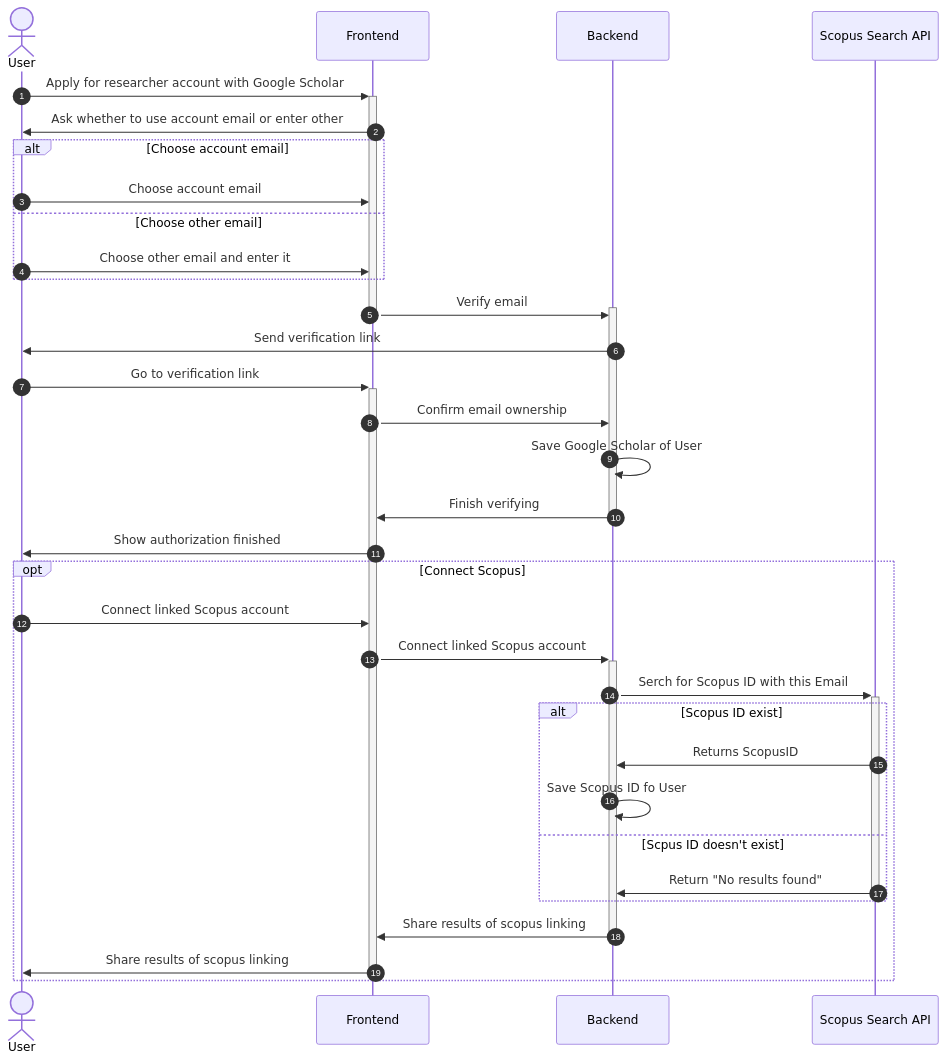
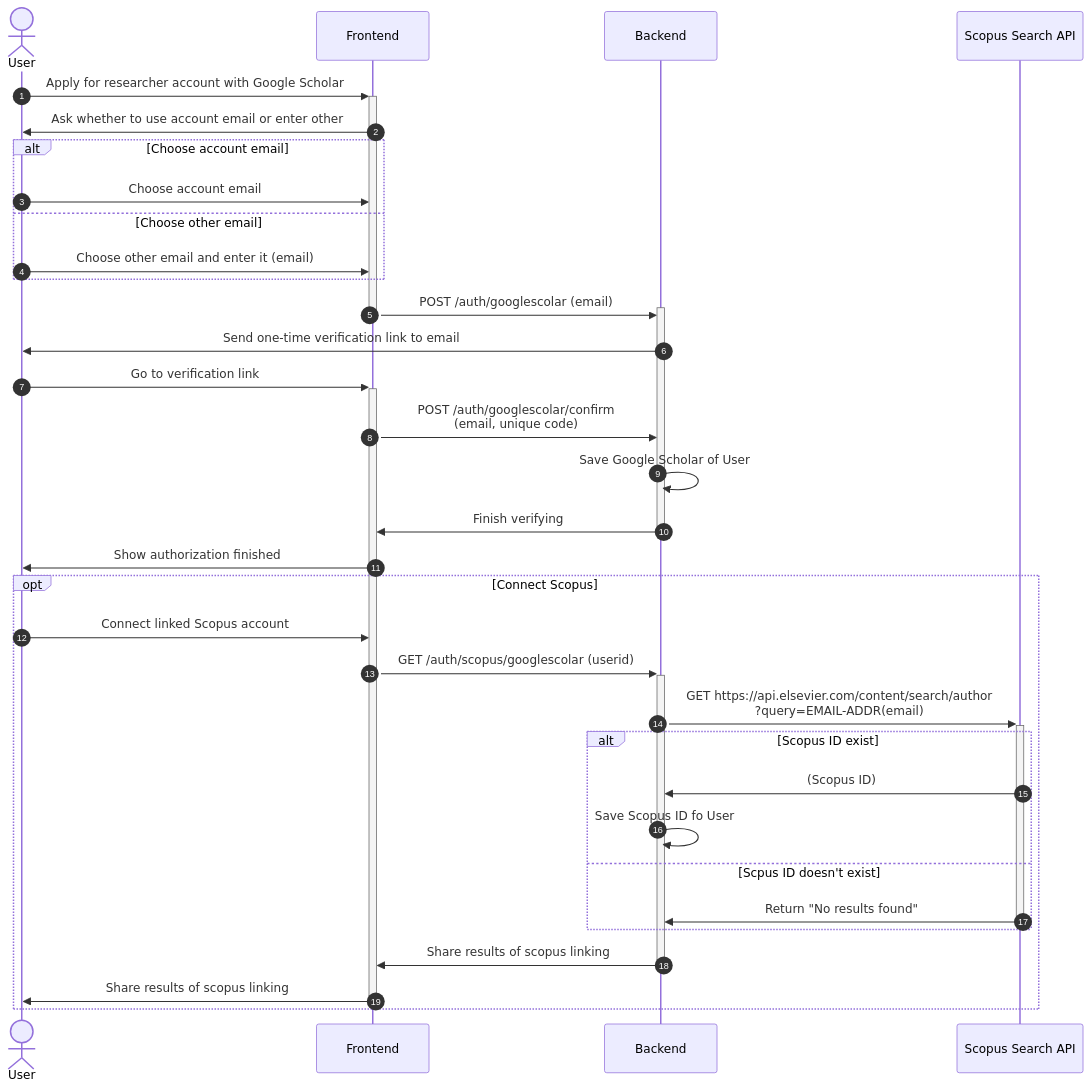
Before and after one commit to LenivyKrabik/KPI2: the diagram in Lab3/artifacts/02-update-account-satus-scholar.mmd, drawn with Mermaid. The commit also changed 1 other file, not shown here.

```diff
--- a/Lab3/artifacts/02-update-account-satus-scholar.mmd
+++ b/Lab3/artifacts/02-update-account-satus-scholar.mmd
@@ -1,41 +1,41 @@
 sequenceDiagram
     autonumber
     actor User
     participant Frontend
     participant Backend
     participant Scopus as Scopus Search API
 
     %%Google scollar way
     User->>+Frontend: Apply for researcher account with Google Scholar
     Frontend->>User: Ask whether to use account email or enter other
 
     alt Choose account email
         User->>Frontend: Choose account email
     else Choose other email
-        User->>Frontend: Choose other email and enter it
+        User->>Frontend: Choose other email and enter it (email)
     end
-    Frontend->>+Backend: Verify email
+    Frontend->>+Backend: POST /auth/googlescolar (email)
     deactivate Frontend
-    Backend->>User: Send verification link
+    Backend->>User: Send one-time verification link to email
     User->>+Frontend: Go to verification link
-    Frontend->>Backend: Confirm email ownership
+    Frontend->>Backend: POST /auth/googlescolar/confirm<br/>(email, unique code)
     Backend->>Backend: Save Google Scholar of User
-    
+
     %%Scopus stuff
     Backend->>-Frontend: Finish verifying
     Frontend->>User: Show authorization finished
     opt Connect Scopus
         User->>Frontend: Connect linked Scopus account
-        Frontend->>+Backend: Connect linked Scopus account
-        Backend->>+Scopus: Serch for Scopus ID with this Email
+        Frontend->>+Backend: GET /auth/scopus/googlescolar (userid)
+        Backend->>+Scopus: GET https://api.elsevier.com/content/search/author<br/>?query=EMAIL-ADDR(email)
         alt Scopus ID exist
-            Scopus->>Backend: Returns ScopusID
+            Scopus->>Backend: (Scopus ID)
             Backend->>Backend: Save Scopus ID fo User
         else Scpus ID doesn't exist
             Scopus->>-Backend: Return "No results found"
         end
         Backend->>Frontend: Share results of scopus linking
         deactivate Backend
         Frontend->>User: Share results of scopus linking
         deactivate Frontend
     end
```
